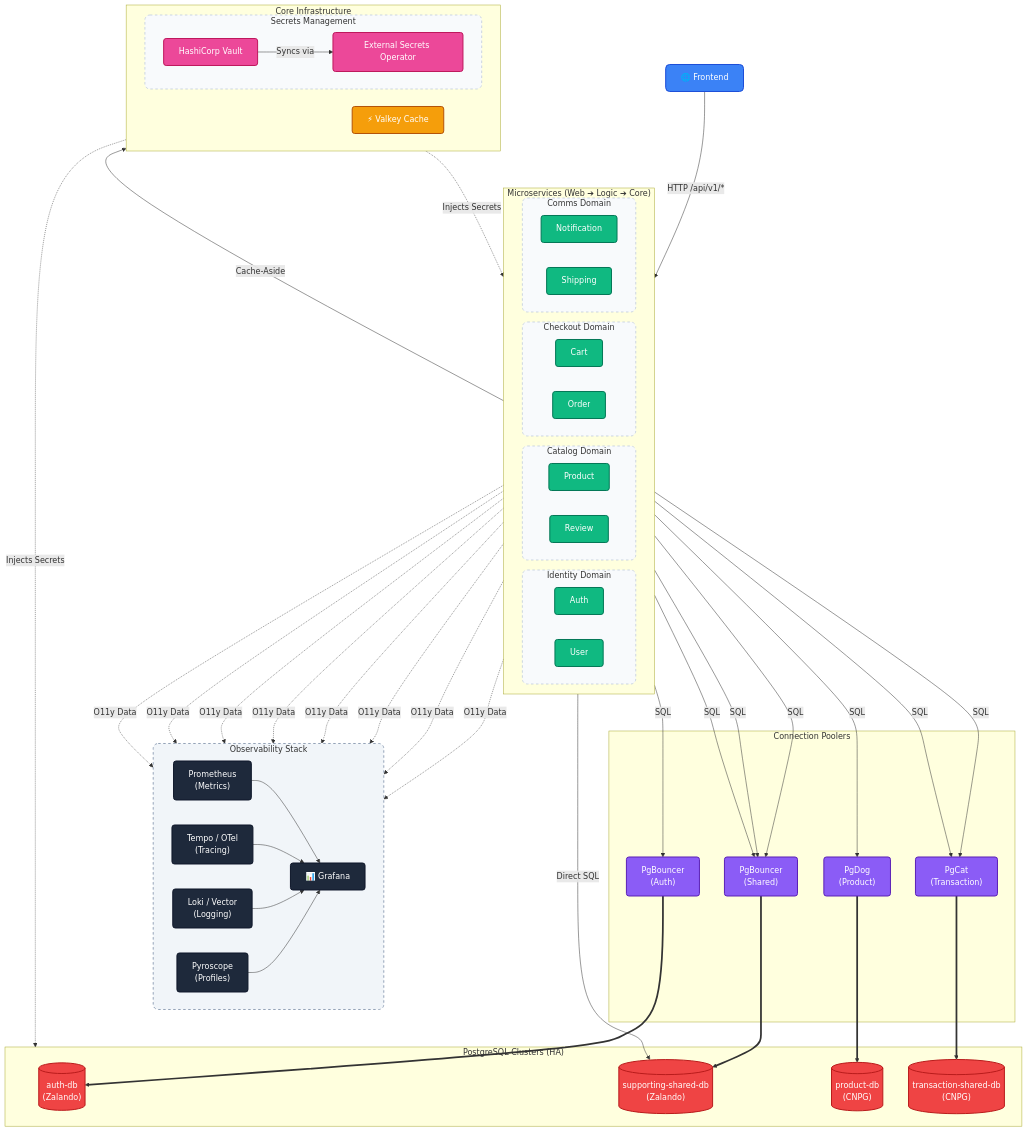
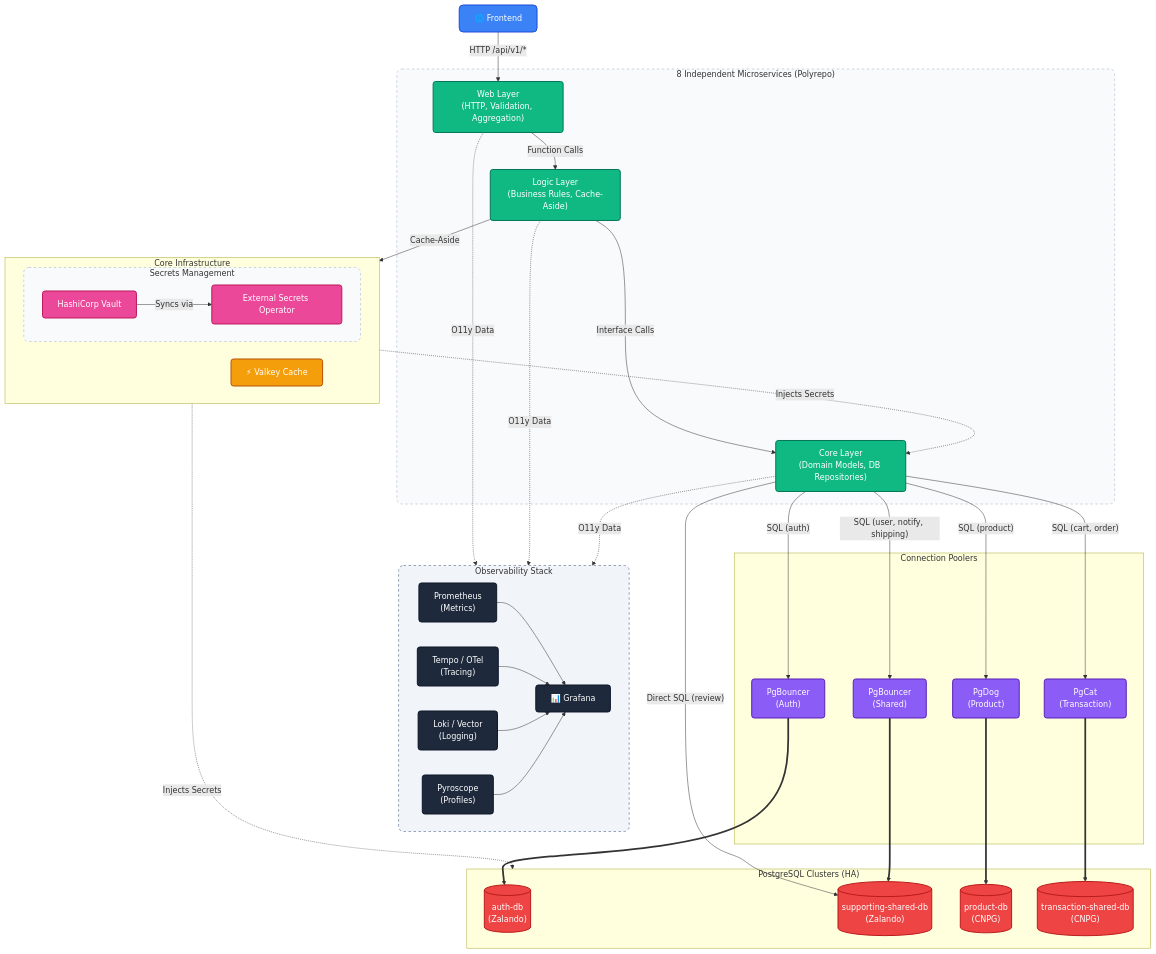
One commit to duynhlab/homelab changed the diagram in README.md. Above: the diagram before and after it, drawn with Mermaid.

Commit message:
docs: finalize 3-layer architecture diagram in README

````diff
--- a/README.md
+++ b/README.md
@@ -33,36 +33,26 @@
 flowchart TD
     %% Styling
     classDef frontend fill:#3b82f6,stroke:#1d4ed8,stroke-width:2px,color:#fff,rx:8px,ry:8px
-    classDef domain fill:#f8fafc,stroke:#cbd5e1,stroke-width:2px,stroke-dasharray: 5 5,rx:10px,ry:10px
-    classDef service fill:#10b981,stroke:#047857,stroke-width:2px,color:#fff,rx:5px,ry:5px
+    classDef layer fill:#10b981,stroke:#047857,stroke-width:2px,color:#fff,rx:5px,ry:5px
     classDef cache fill:#f59e0b,stroke:#b45309,stroke-width:2px,color:#fff,rx:5px,ry:5px
     classDef pooler fill:#8b5cf6,stroke:#5b21b6,stroke-width:2px,color:#fff,rx:5px,ry:5px
     classDef database fill:#ef4444,stroke:#b91c1c,stroke-width:2px,color:#fff,shape:cylinder
     classDef obs fill:#1e293b,stroke:#0f172a,stroke-width:2px,color:#fff,rx:5px,ry:5px
     classDef obsGroup fill:#f1f5f9,stroke:#94a3b8,stroke-width:2px,stroke-dasharray: 5 5,rx:10px,ry:10px
     classDef secret fill:#ec4899,stroke:#be185d,stroke-width:2px,color:#fff,rx:5px,ry:5px
+    classDef servicebox fill:#f8fafc,stroke:#cbd5e1,stroke-width:2px,stroke-dasharray: 5 5,rx:10px,ry:10px
 
     FE["🌐 Frontend"]:::frontend
 
-    %% API Layer / Microservices
-    subgraph Services ["Microservices (Web ➔ Logic ➔ Core)"]
-        direction LR
-        subgraph Identity ["Identity Domain"]
-            auth["Auth"]:::service
-            user["User"]:::service
-        end
-        subgraph Catalog ["Catalog Domain"]
-            product["Product"]:::service
-            review["Review"]:::service
-        end
-        subgraph Checkout ["Checkout Domain"]
-            cart["Cart"]:::service
-            order["Order"]:::service
-        end
-        subgraph Comms ["Comms Domain"]
-            notification["Notification"]:::service
-            shipping["Shipping"]:::service
-        end
+    %% API Layer / Microservices (3-Layer Architecture)
+    subgraph Microservices ["8 Independent Microservices (Polyrepo)"]
+        
+        WebLayer["Web Layer<br/>(HTTP, Validation, Aggregation)"]:::layer
+        LogicLayer["Logic Layer<br/>(Business Rules, Cache-Aside)"]:::layer
+        CoreLayer["Core Layer<br/>(Domain Models, DB Repositories)"]:::layer
+        
+        WebLayer -->|"Function Calls"| LogicLayer
+        LogicLayer -->|"Interface Calls"| CoreLayer
     end
 
     %% Observability Layer
@@ -105,19 +95,19 @@
     end
 
     %% Connections
-    FE -->|"HTTP /api/v1/*"| Services
+    FE -->|"HTTP /api/v1/*"| WebLayer
     
-    auth & product & cart & order & review & user & notification & shipping -.->|"O11y Data"| Observability
+    WebLayer & LogicLayer & CoreLayer -.->|"O11y Data"| Observability
     
-    product -->|"Cache-Aside"| valkey
+    LogicLayer -->|"Cache-Aside"| valkey
     eso -.->|"Injects Secrets"| Databases
-    eso -.->|"Injects Secrets"| Services
+    eso -.->|"Injects Secrets"| CoreLayer
     
-    auth -->|"SQL"| pb_auth
-    user & notification & shipping -->|"SQL"| pb_shared
-    review -->|"Direct SQL"| db_shared
-    product -->|"SQL"| pdog
-    cart & order -->|"SQL"| pcat
+    CoreLayer -->|"SQL (auth)"| pb_auth
+    CoreLayer -->|"SQL (user, notify, shipping)"| pb_shared
+    CoreLayer -->|"Direct SQL (review)"| db_shared
+    CoreLayer -->|"SQL (product)"| pdog
+    CoreLayer -->|"SQL (cart, order)"| pcat
 
     pb_auth ==> db_auth
     pb_shared ==> db_shared
@@ -125,6 +115,6 @@
     pcat ==> db_tx
     
     %% Assign classes to subgraphs
-    class Identity,Catalog,Checkout,Comms,SecretsDev domain;
+    class Microservices,SecretsDev servicebox;
     class Observability obsGroup;
 ```
````
